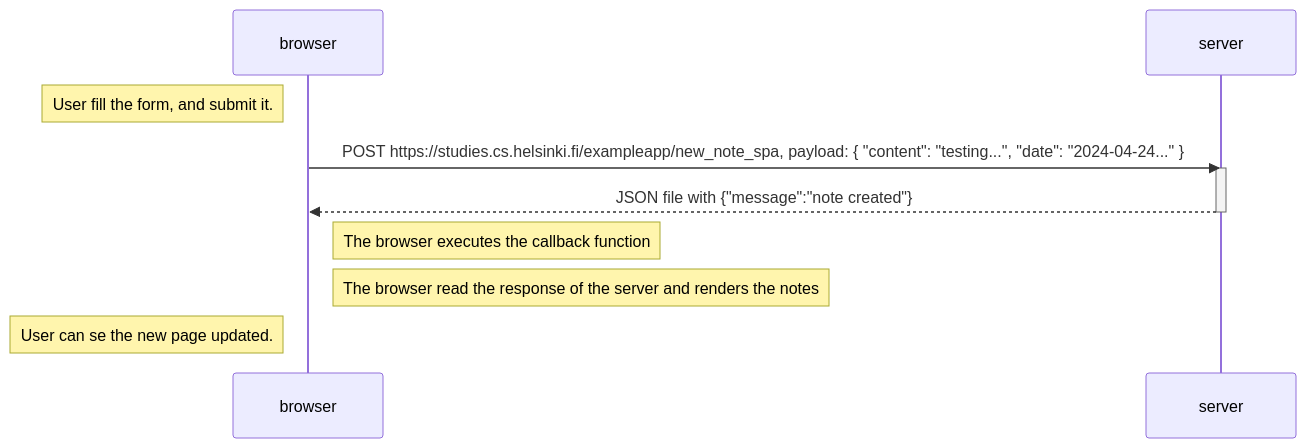
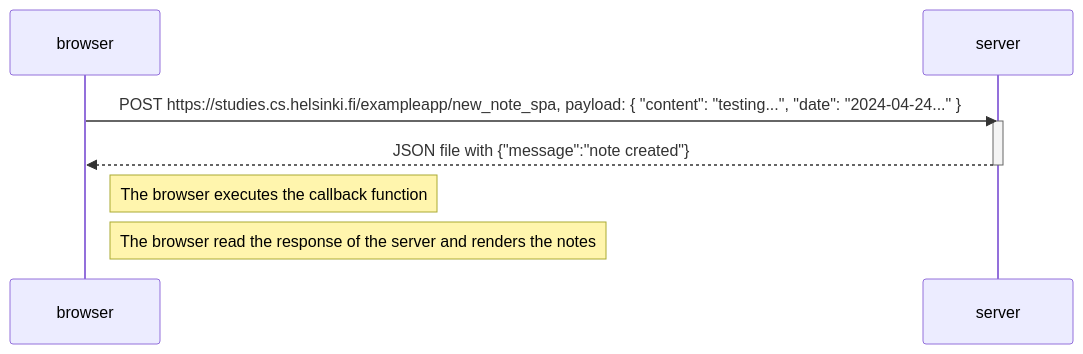
The diagram in part0/0.5-SinglePage/diagramaSecuenciaSinglePage.md (nicolas240/FullStackOpenExercises), drawn with Mermaid before and after one commit.

````diff
--- a/part0/0.5-SinglePage/diagramaSecuenciaSinglePage.md
+++ b/part0/0.5-SinglePage/diagramaSecuenciaSinglePage.md
@@ -1,18 +1,15 @@
 ```mermaid
 sequenceDiagram
     participant browser
     participant server
-
-    Note left of browser: User fill the form, and submit it.
 
     browser->>server: POST https://studies.cs.helsinki.fi/exampleapp/new_note_spa, payload: { "content": "testing...", "date": "2024-04-24..." }
     activate server
     server-->>browser: JSON file with {"message":"note created"}
     deactivate server
 
     Note right of browser: The browser executes the callback function
 
     Note right of browser: The browser read the response of the server and renders the notes
 
-    Note left of browser: User can se the new page updated.
 ```
````
